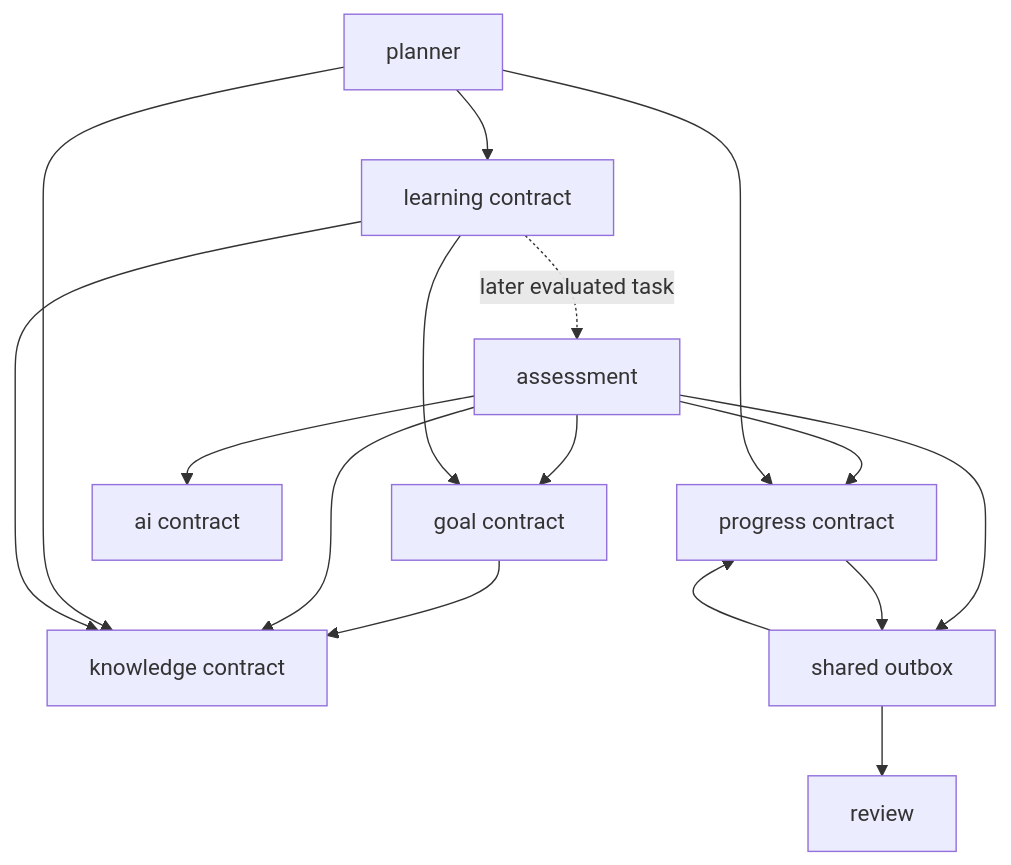
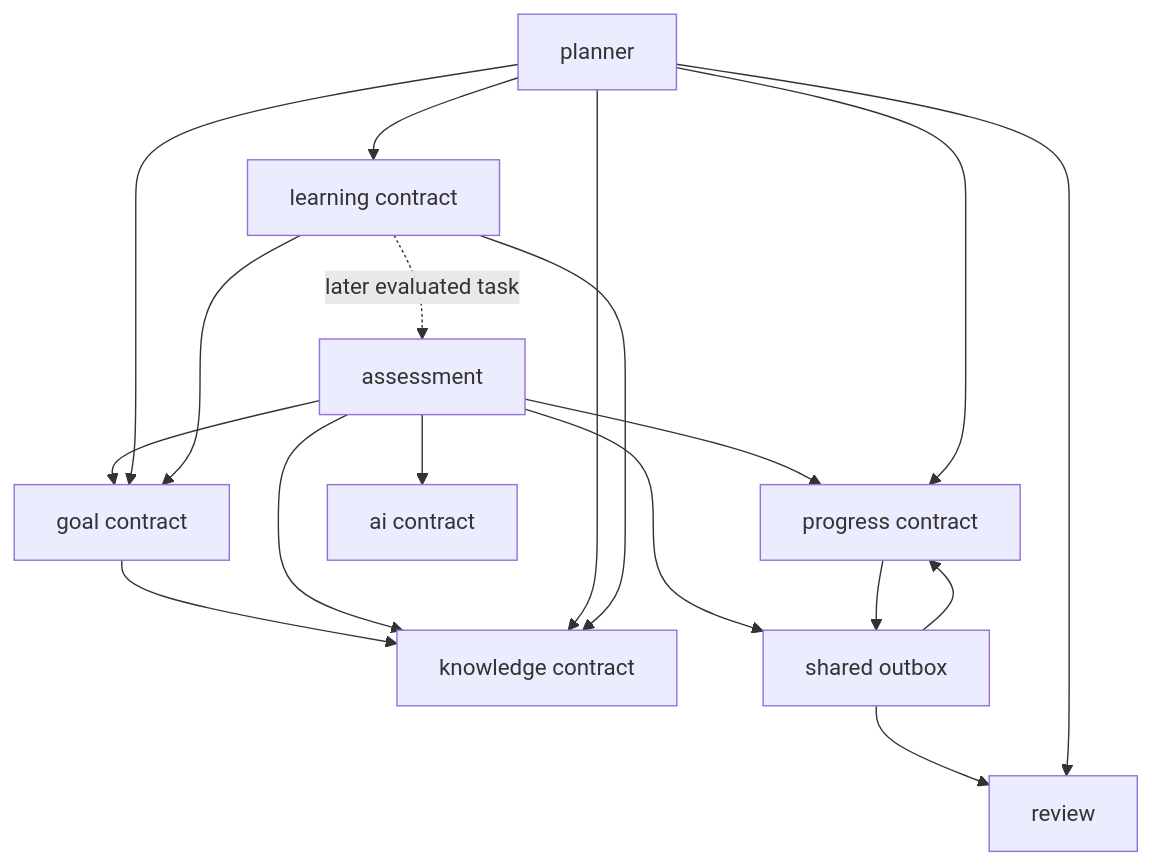
One commit to TminTtapcode/SkillPath changed the diagram in docs/architecture/MODULE_BOUNDARIES.md. Above: the diagram before and after it, drawn with Mermaid. The commit also changed other lines of this file and 59 other files, not shown here.

Commit message:
feat: deliver phase 6 today planner and roadmap

````diff
--- a/docs/architecture/MODULE_BOUNDARIES.md
+++ b/docs/architecture/MODULE_BOUNDARIES.md
@@ -29,18 +29,20 @@
 ```mermaid
 flowchart TD
     GOAL[goal] --> K[knowledge contract]
     AS --> GOAL[goal contract]
     AS[assessment] --> K
     AS --> PR[progress contract]
     AS --> OB[shared outbox]
     OB --> PR
     PR --> OB
     OB --> RV[review]
     PL[planner] --> K
+    PL --> GOAL
     PL --> PR
+    PL --> RV
     PL --> L[learning contract]
     L --> GOAL
     L --> K
     L -. later evaluated task .-> AS
     AS --> AI[ai contract]
 ```
````
